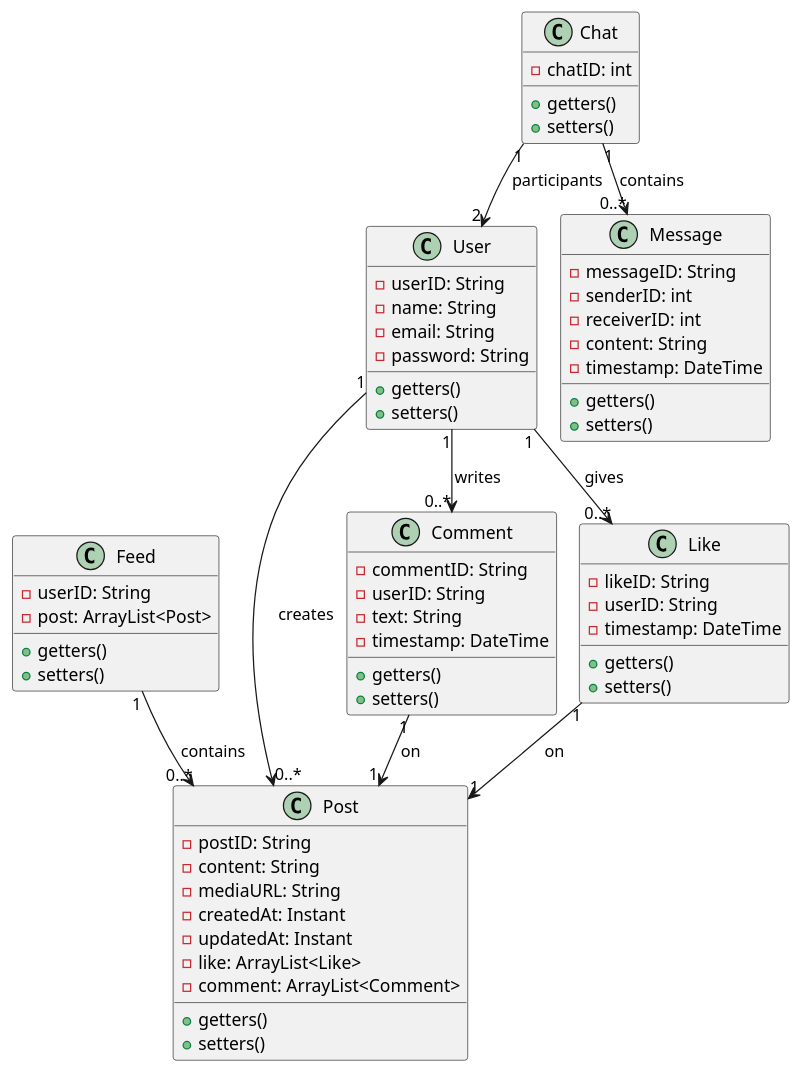
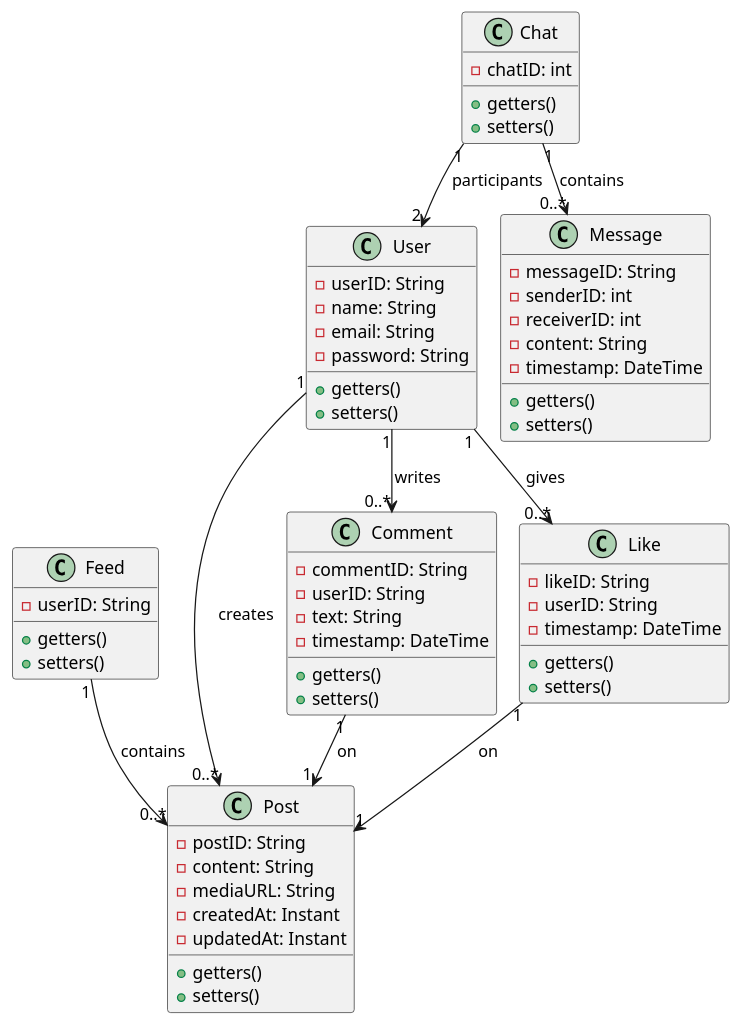
Before and after one commit to implaymo/Social-Media-Platform: the diagram in Diagrams/ClassDiagram.puml, drawn with PlantUML.

Commit message:
Remove fields that were removed.

```diff
--- a/Diagrams/ClassDiagram.puml
+++ b/Diagrams/ClassDiagram.puml
@@ -1,92 +1,89 @@
 @startuml
 !pragma layout smetana
 
 ' ======================
 ' Domain Entities
 ' ======================
 
 class User {
   - userID: String
   - name: String
   - email: String
   - password: String
   + getters()
   + setters()
 }
 
 class Post {
   - postID: String
   - content: String
   - mediaURL: String
   - createdAt: Instant
   - updatedAt: Instant
-  - like: ArrayList<Like>
-  - comment: ArrayList<Comment>
   + getters()
   + setters()
 }
 
 class Comment {
   - commentID: String
   - userID: String
   - text: String
   - timestamp: DateTime
   + getters()
   + setters()
 }
 
 class Like {
   - likeID: String
   - userID: String
   - timestamp: DateTime
   + getters()
   + setters()
 }
 
 class Chat {
   - chatID: int
   + getters()
   + setters()
 }
 
 class Message {
   - messageID: String
   - senderID: int
   - receiverID: int
   - content: String
   - timestamp: DateTime
   + getters()
   + setters()
 }
 
 class Feed {
     - userID: String
-    - post: ArrayList<Post>
     + getters()
     + setters()
 }
 
 ' ======================
 ' Relationships Between Entities
 ' ======================
 
 ' A User creates many Posts; each Post belongs to one User.
 User "1" --> "0..*" Post : creates
 
 ' A User writes many Comments; each Comment is written by one User and on one Post.
 User "1" --> "0..*" Comment : writes
 Comment "1" --> "1" Post : on
 
 ' A User gives many Likes; each Like is by one User on one Post.
 User "1" --> "0..*" Like : gives
 Like "1" --> "1" Post : on
 
 ' A Chat involves two Users (simplified for now as a direct association).
 Chat "1" --> "2" User : participants
 
 ' A Chat contains many Messages; each Message belongs to one Chat.
 Chat "1" --> "0..*" Message : contains
 
 Feed "1" --> "0..*" Post: contains
 
 @enduml
```
